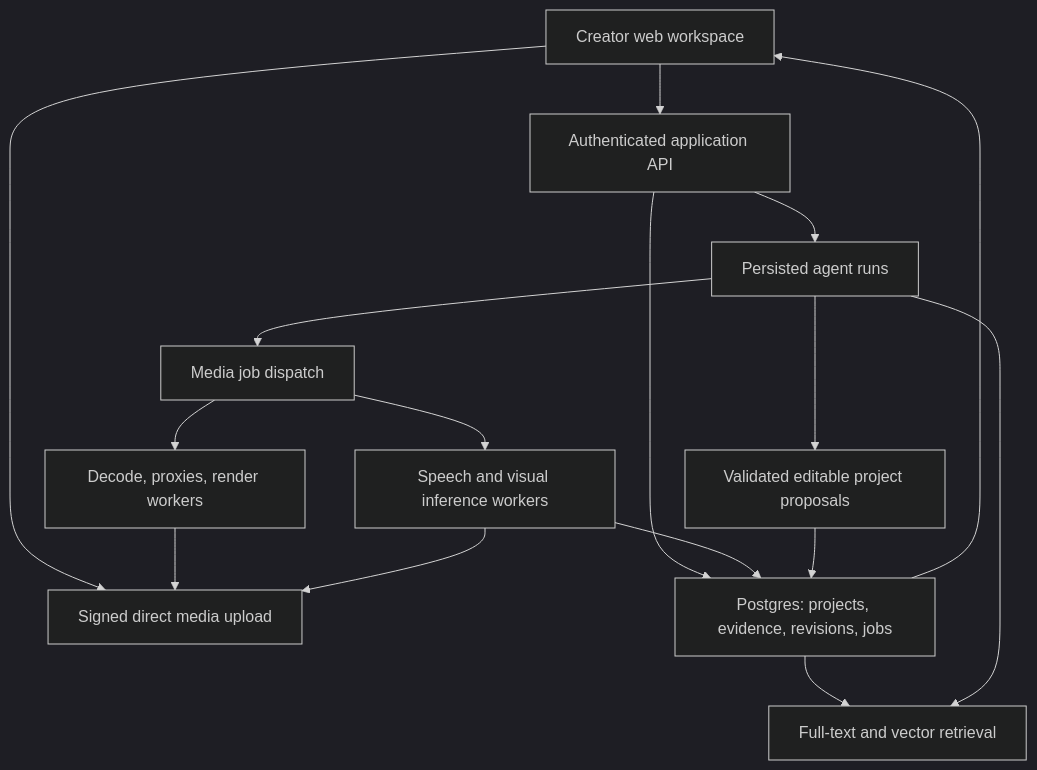
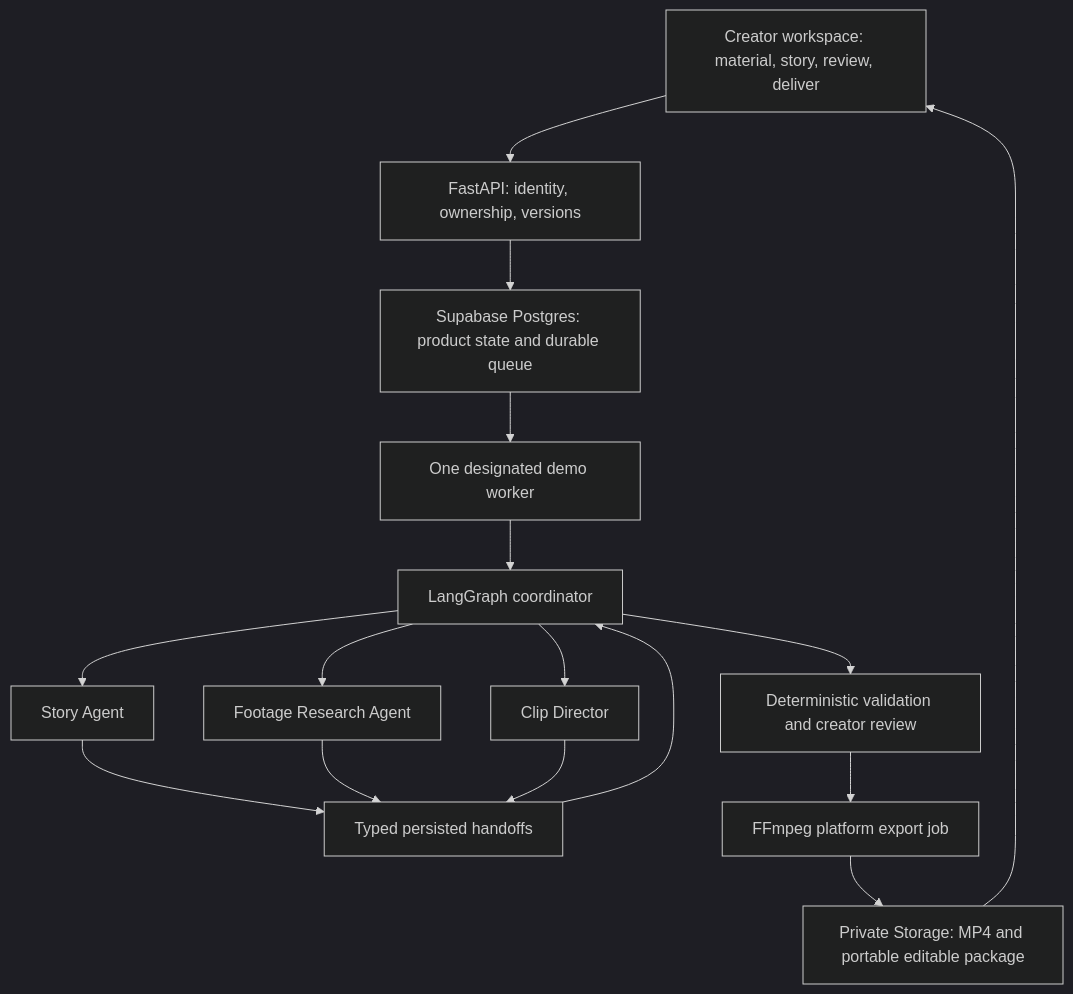
Before and after one commit to AtharvK-28/BNB26_InItToWinIt_Internal_Round: the diagram in docs/architecture_and_delivery.md, drawn with Mermaid (dark theme). The commit also changed other lines of this file and 13 other files, not shown here.

Commit message:
Define multi-agent handoffs and exclude inbuilt editors from scope

````diff
--- a/docs/architecture_and_delivery.md
+++ b/docs/architecture_and_delivery.md
@@ -9,18 +7,18 @@
 ```mermaid
 flowchart TD
-    UI[Creator web workspace] --> API[Authenticated application API]
-    UI --> STORE[Signed direct media upload]
-    API --> DB[Postgres: projects, evidence, revisions, jobs]
-    API --> AG[Persisted agent runs]
-    AG --> JOBS[Media job dispatch]
-    JOBS --> CPU[Decode, proxies, render workers]
-    JOBS --> ML[Speech and visual inference workers]
-    CPU --> STORE
-    ML --> STORE
-    ML --> DB
-    DB --> SEARCH[Full-text and vector retrieval]
-    AG --> SEARCH
-    AG --> PLAN[Validated editable project proposals]
-    PLAN --> DB
-    DB --> UI
+    UI[Creator workspace: material, story, review, deliver] --> API[FastAPI: identity, ownership, versions]
+    API --> DB[Supabase Postgres: product state and durable queue]
+    DB --> W[One designated demo worker]
+    W --> C[LangGraph coordinator]
+    C --> S[Story Agent]
+    C --> R[Footage Research Agent]
+    C --> D[Clip Director]
+    S --> H[Typed persisted handoffs]
+    R --> H
+    D --> H
+    H --> C
+    C --> V[Deterministic validation and creator review]
+    V --> F[FFmpeg platform export job]
+    F --> O[Private Storage: MP4 and portable editable package]
+    O --> UI
 ```
````
